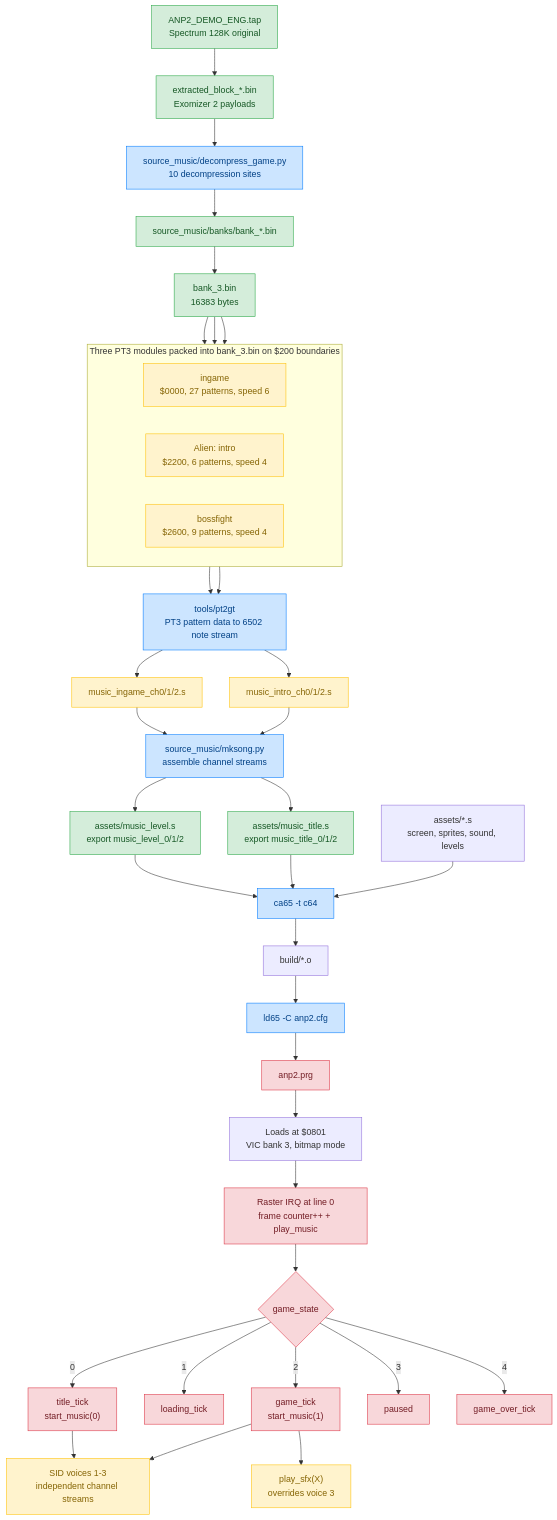
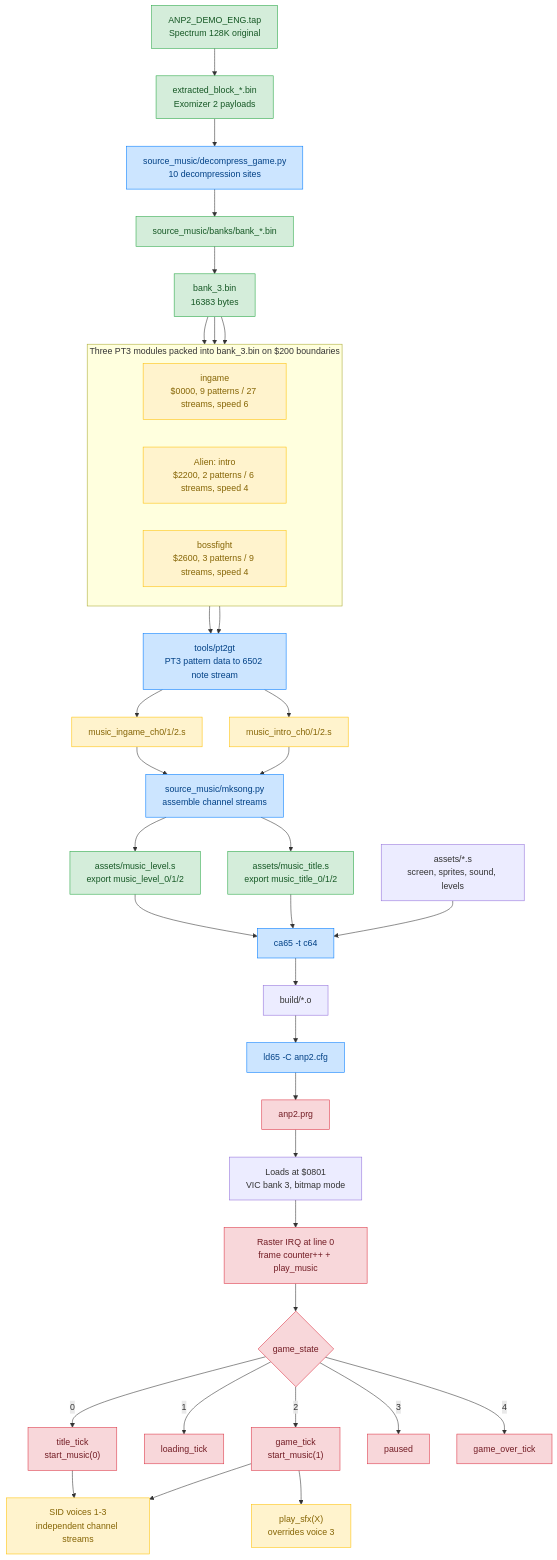
Before and after one commit to polluks/anp2: the diagram in README.md, drawn with Mermaid. The commit also changed other lines of this file, not shown here.

````diff
--- a/README.md
+++ b/README.md
@@ -14,66 +20,66 @@
 ```mermaid
 flowchart TD
     TAP["ANP2_DEMO_ENG.tap<br/>Spectrum 128K original"]
     BLOCKS["extracted_block_*.bin<br/>Exomizer 2 payloads"]
     DECOMP["source_music/decompress_game.py<br/>10 decompression sites"]
     BANKS["source_music/banks/bank_*.bin"]
     B3["bank_3.bin<br/>16383 bytes"]
 
     TAP --> BLOCKS --> DECOMP --> BANKS --> B3
 
     subgraph mods ["Three PT3 modules packed into bank_3.bin on $200 boundaries"]
         direction LR
-        MI["ingame<br/>$0000, 27 patterns, speed 6"]
-        MV["Alien: intro<br/>$2200, 6 patterns, speed 4"]
-        MB["bossfight<br/>$2600, 9 patterns, speed 4"]
+        MI["ingame<br/>$0000, 9 patterns / 27 streams, speed 6"]
+        MV["Alien: intro<br/>$2200, 2 patterns / 6 streams, speed 4"]
+        MB["bossfight<br/>$2600, 3 patterns / 9 streams, speed 4"]
     end
 
     B3 --> MI
     B3 --> MV
     B3 --> MB
 
     P2G["tools/pt2gt<br/>PT3 pattern data to 6502 note stream"]
     MKS["source_music/mksong.py<br/>assemble channel streams"]
 
     MI --> P2G
     MV --> P2G
     P2G --> CHL["music_ingame_ch0/1/2.s"]
     P2G --> CHT["music_intro_ch0/1/2.s"]
     CHL --> MKS
     CHT --> MKS
 
     MKS --> A_LEVEL["assets/music_level.s<br/>export music_level_0/1/2"]
     MKS --> A_TITLE["assets/music_title.s<br/>export music_title_0/1/2"]
 
     S_SRC["assets/*.s<br/>screen, sprites, sound, levels"]
     A_LEVEL --> CA65["ca65 -t c64"]
     A_TITLE --> CA65
     S_SRC --> CA65
     CA65 --> OBJ["build/*.o"]
     OBJ --> LD65["ld65 -C anp2.cfg"]
     LD65 --> PRG["anp2.prg"]
 
     PRG --> LOAD["Loads at $0801<br/>VIC bank 3, bitmap mode"]
     LOAD --> IRQ["Raster IRQ at line 0<br/>frame counter++ + play_music"]
 
     IRQ --> SM{"game_state"}
     SM -->|"0"| ST["title_tick<br/>start_music(0)"]
     SM -->|"1"| LD["loading_tick"]
     SM -->|"2"| GT["game_tick<br/>start_music(1)"]
     SM -->|"3"| PU["paused"]
     SM -->|"4"| GO["game_over_tick"]
 
     ST --> SID["SID voices 1-3<br/>independent channel streams"]
     GT --> SID
     GT --> SFX["play_sfx(X)<br/>overrides voice 3"]
 
     classDef data fill:#d4edda,stroke:#28a745,color:#155724
     classDef tool fill:#cce5ff,stroke:#007bff,color:#004085
     classDef music fill:#fff3cd,stroke:#ffc107,color:#856404
     classDef code fill:#f8d7da,stroke:#dc3545,color:#721c24
 
     class TAP,BLOCKS,BANKS,B3,A_LEVEL,A_TITLE data
     class DECOMP,P2G,MKS,CA65,LD65 tool
     class MI,MV,MB,CHL,CHT,SID,SFX music
     class PRG,IRQ,SM,ST,LD,GT,PU,GO code
 ```
````
